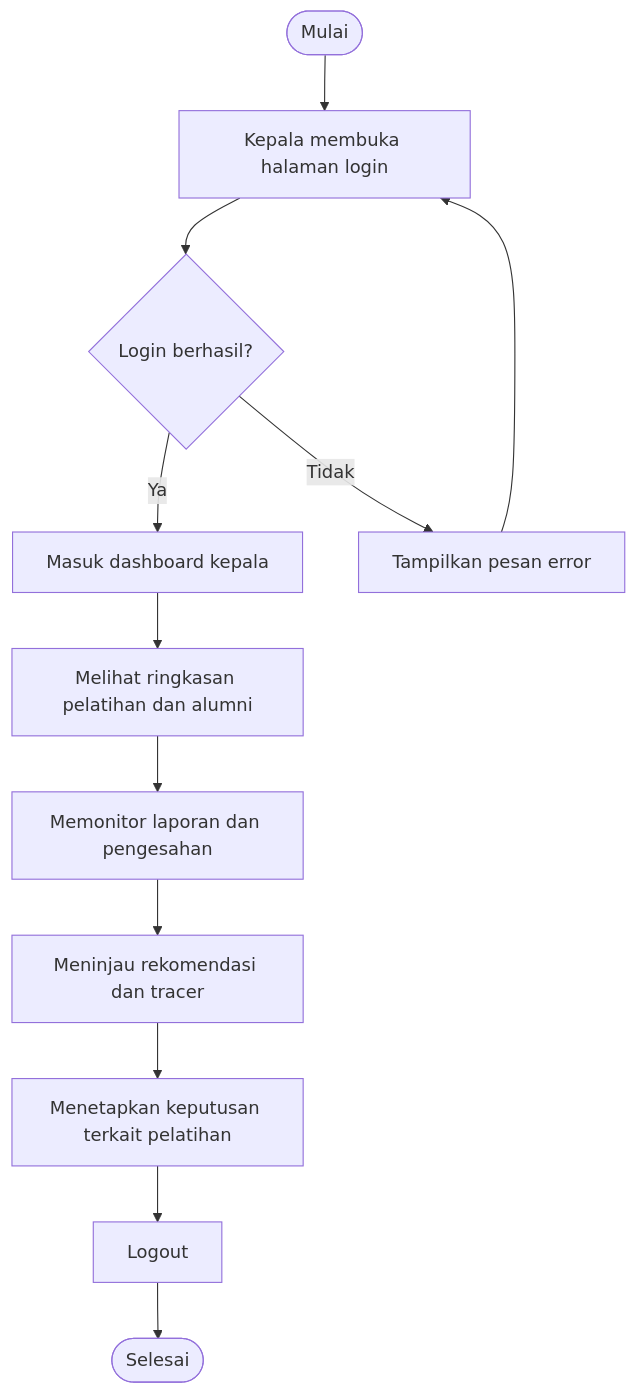
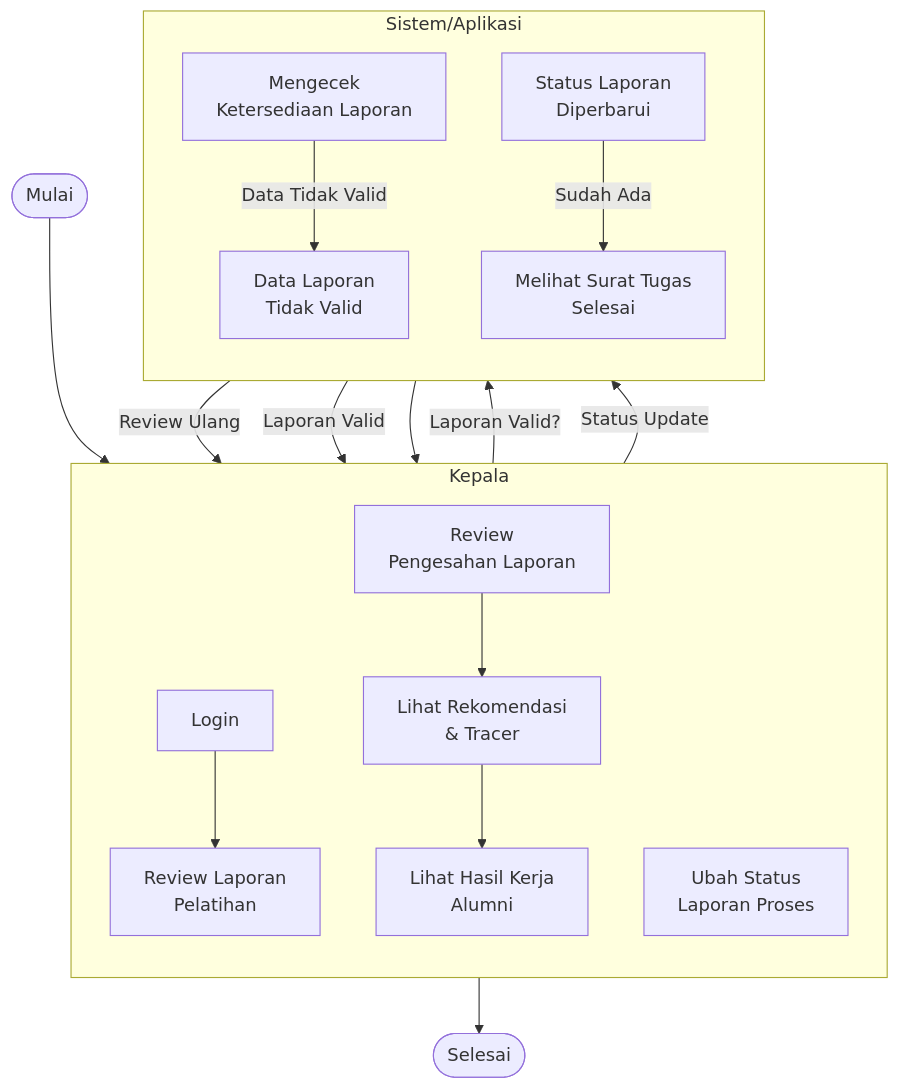
Before and after one commit to hafiz4m1/SISTEM_INFORMASI_MANAJEMEN_PELATIHAN_DAN_ALUMNI: the diagram in diagram/kepala_activity.mmd, drawn with Mermaid. The commit also changed 47 other files, not shown here.

```diff
--- a/diagram/kepala_activity.mmd
+++ b/diagram/kepala_activity.mmd
@@ -1,12 +1,35 @@
 flowchart TD
-    A([Mulai]) --> B[Kepala membuka halaman login]
-    B --> C{Login berhasil?}
-    C -- Ya --> D[Masuk dashboard kepala]
-    C -- Tidak --> E[Tampilkan pesan error]
-    E --> B
-    D --> F[Melihat ringkasan pelatihan dan alumni]
-    F --> G[Memonitor laporan dan pengesahan]
-    G --> H[Meninjau rekomendasi dan tracer]
-    H --> I[Menetapkan keputusan terkait pelatihan]
-    I --> J[Logout]
-    J --> K([Selesai])
+    Start([Mulai])
+    
+    subgraph Kepala["Kepala"]
+        direction TB
+        A[Login]
+        B[Review Laporan<br/>Pelatihan]
+        C[Ubah Status<br/>Laporan Proses]
+        D[Review<br/>Pengesahan Laporan]
+        E[Lihat Rekomendasi<br/>& Tracer]
+        F[Lihat Hasil Kerja<br/>Alumni]
+    end
+    
+    subgraph System["Sistem/Aplikasi"]
+        direction TB
+        X[Mengecek<br/>Ketersediaan Laporan]
+        Y[Data Laporan<br/>Tidak Valid]
+        Z[Status Laporan<br/>Diperbarui]
+        W[Melihat Surat Tugas<br/>Selesai]
+    end
+    
+    End([Selesai])
+    
+    Start --> A
+    A --> B
+    B -->|Laporan Valid?| X
+    X -->|Data Tidak Valid| Y
+    Y -->|Review Ulang| B
+    X -->|Laporan Valid| C
+    C -->|Status Update| Z
+    Z -->|Sudah Ada| W
+    W --> D
+    D --> E
+    E --> F
+    F --> End
```
